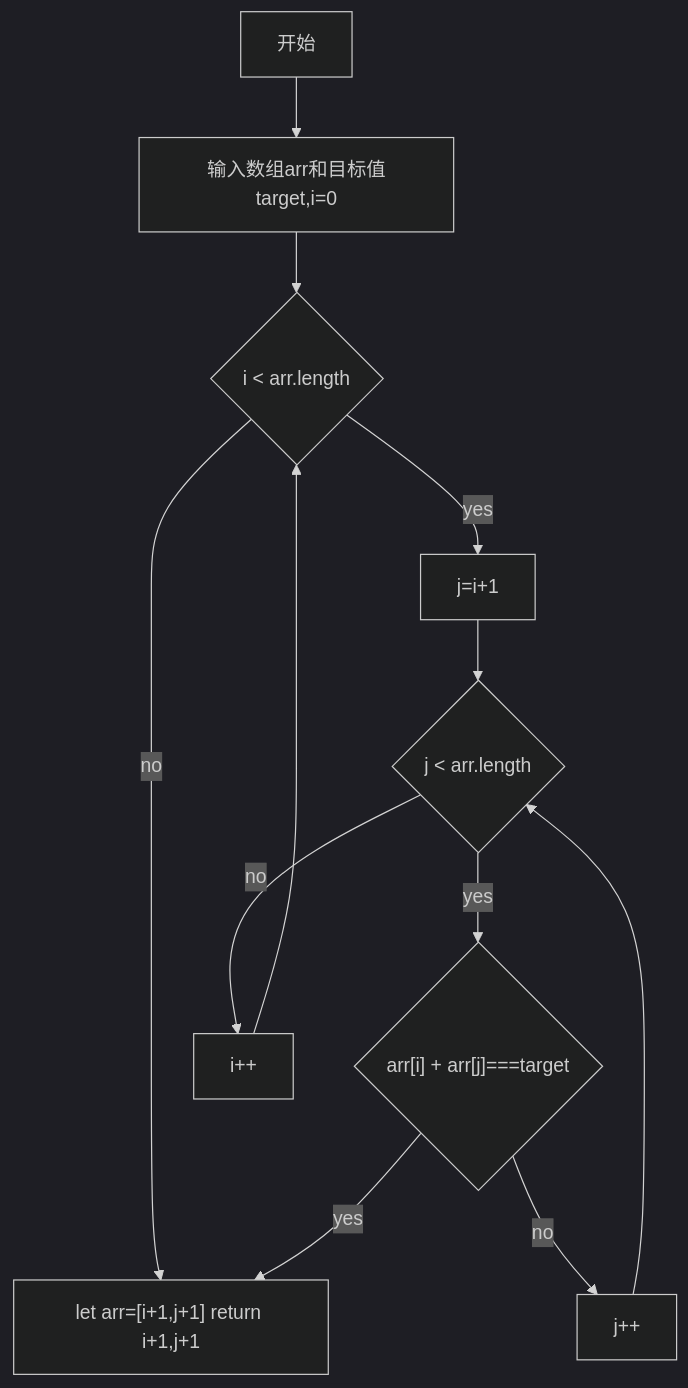
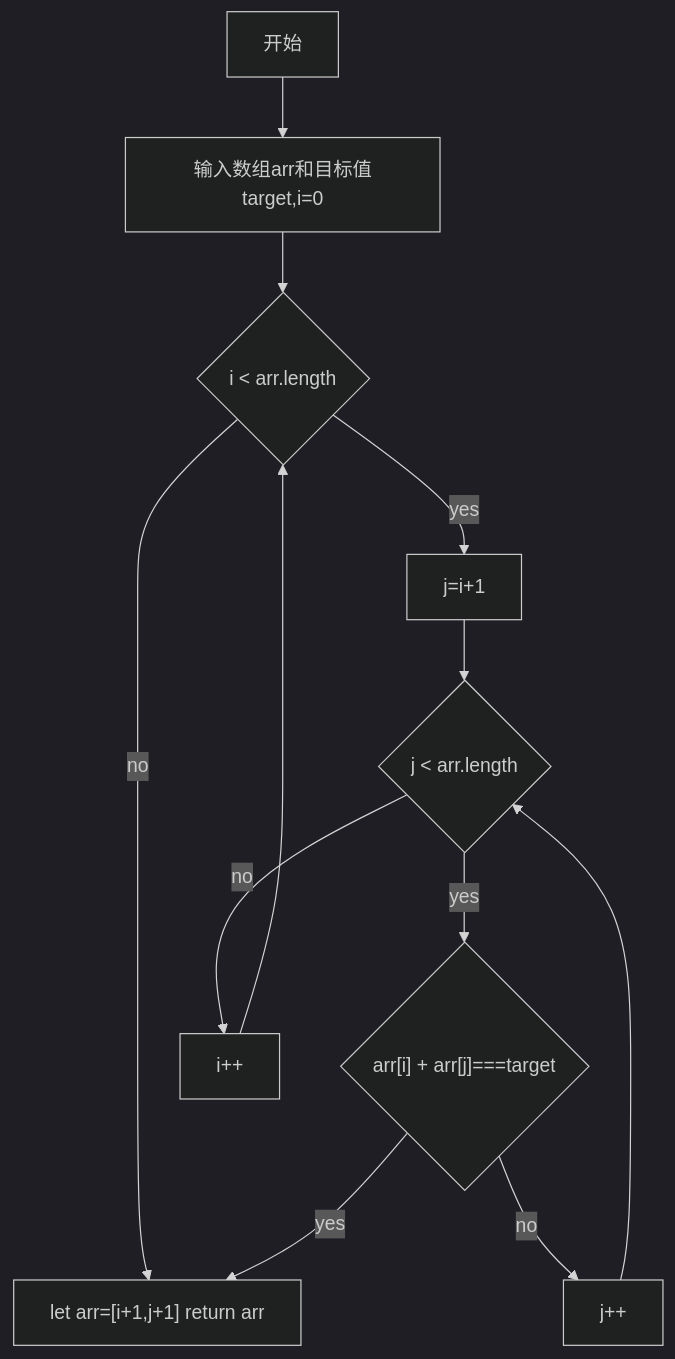
Before and after one commit to danicachen/danicachen.github.io: the first of 2 diagrams in leetcode/two-pointer.md, drawn with Mermaid (dark theme). The commit also changed other lines of this file and 2 other files, not shown here.

````diff
--- a/leetcode/two-pointer.md
+++ b/leetcode/two-pointer.md
@@ -34,11 +34,11 @@
 ```mermaid
 flowchart TB
 A[开始]-->B[输入数组arr和目标值target,i=0]
 B-->C{i < arr.length}
 C-->|yes|F[j=i+1]-->D{ j < arr.length} 
-C-->|no|Z["let arr=[i+1,j+1] return i+1,j+1"]
+C-->|no|Z["let arr=[i+1,j+1] return arr"]
 D-->|yes|E{"arr[i] + arr[j]===target"}
 D-->|no|H[i++]-->C
 E-->|yes|Z
 E-->|no|G[j++]-->D
 ```
````
